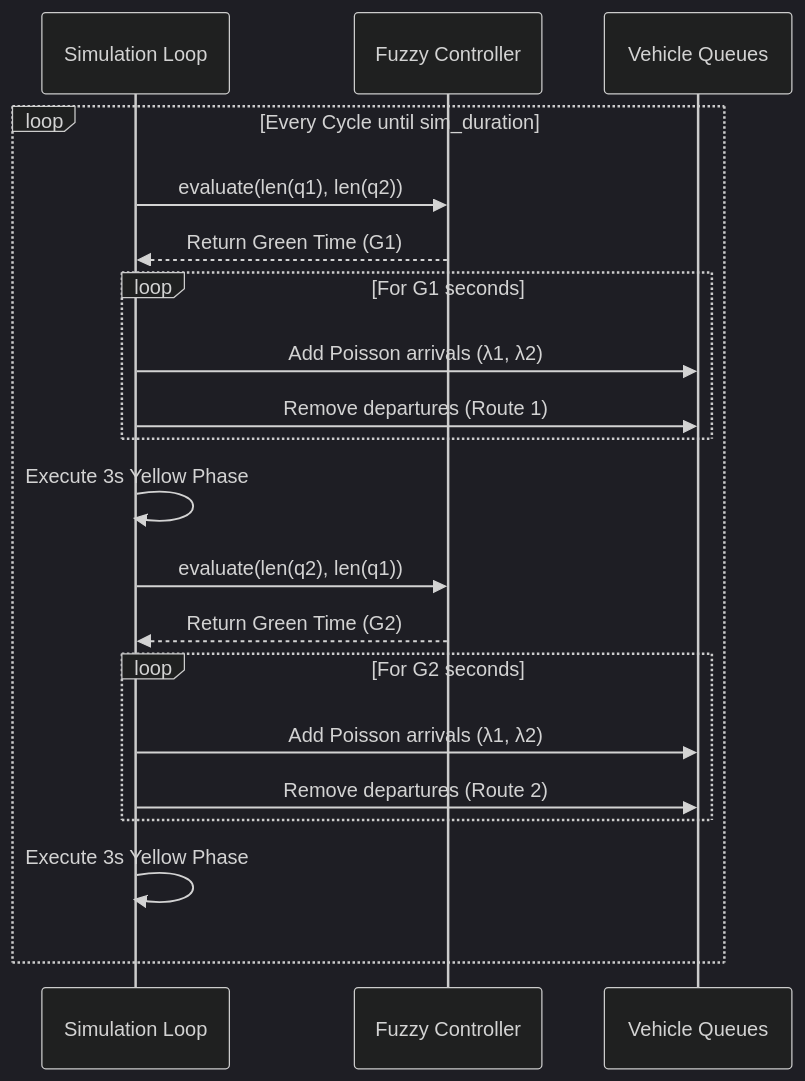
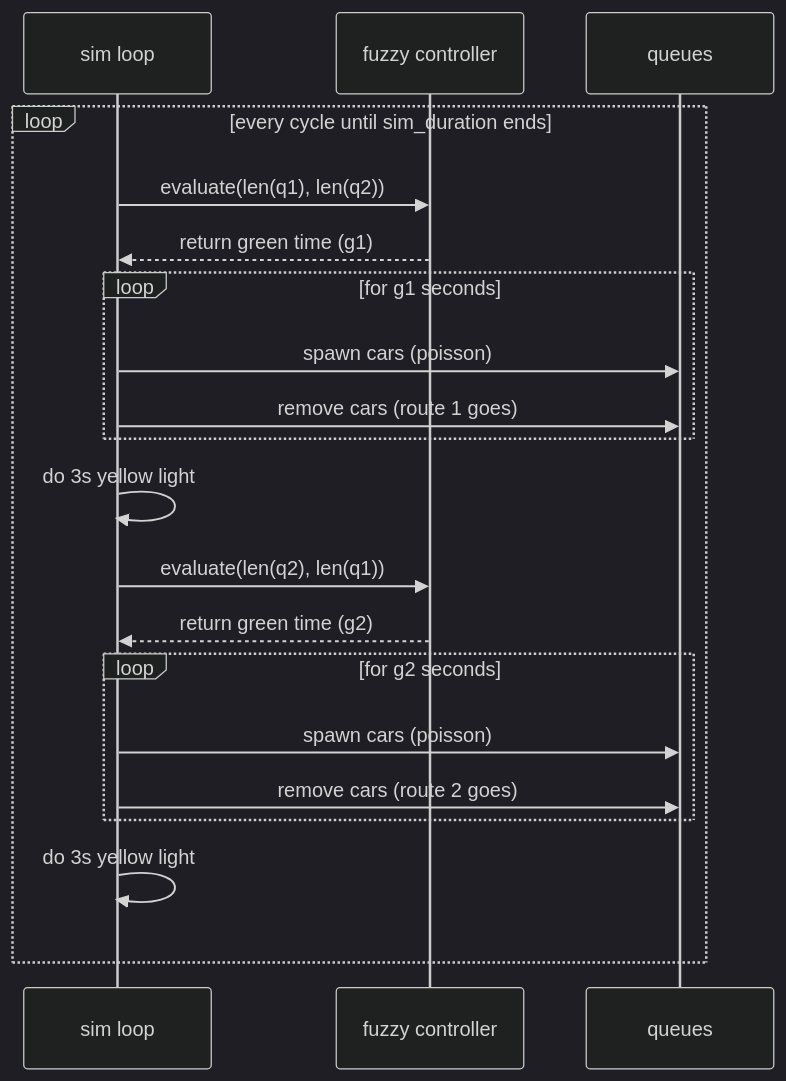
The diagram in docs/code-flow.md (MiliAxe/fuzzy-traffic-controller), drawn with Mermaid (dark theme) before and after one commit. The commit also changed other lines of this file and 17 other files, not shown here.

````diff
--- a/docs/code-flow.md
+++ b/docs/code-flow.md
@@ -17,28 +18,28 @@
 ```mermaid
 sequenceDiagram
-    participant S as Simulation Loop
-    participant C as Fuzzy Controller
-    participant Q as Vehicle Queues
+    participant S as sim loop
+    participant C as fuzzy controller
+    participant Q as queues
     
-    loop Every Cycle until sim_duration
+    loop every cycle until sim_duration ends
         S->>C: evaluate(len(q1), len(q2))
-        C-->>S: Return Green Time (G1)
+        C-->>S: return green time (g1)
         
-        loop For G1 seconds
-            S->>Q: Add Poisson arrivals (λ1, λ2)
-            S->>Q: Remove departures (Route 1)
+        loop for g1 seconds
+            S->>Q: spawn cars (poisson)
+            S->>Q: remove cars (route 1 goes)
         end
         
-        S->>S: Execute 3s Yellow Phase
+        S->>S: do 3s yellow light
         
         S->>C: evaluate(len(q2), len(q1))
-        C-->>S: Return Green Time (G2)
+        C-->>S: return green time (g2)
         
-        loop For G2 seconds
-            S->>Q: Add Poisson arrivals (λ1, λ2)
-            S->>Q: Remove departures (Route 2)
+        loop for g2 seconds
+            S->>Q: spawn cars (poisson)
+            S->>Q: remove cars (route 2 goes)
         end
         
-        S->>S: Execute 3s Yellow Phase
+        S->>S: do 3s yellow light
     end
 ```
````
